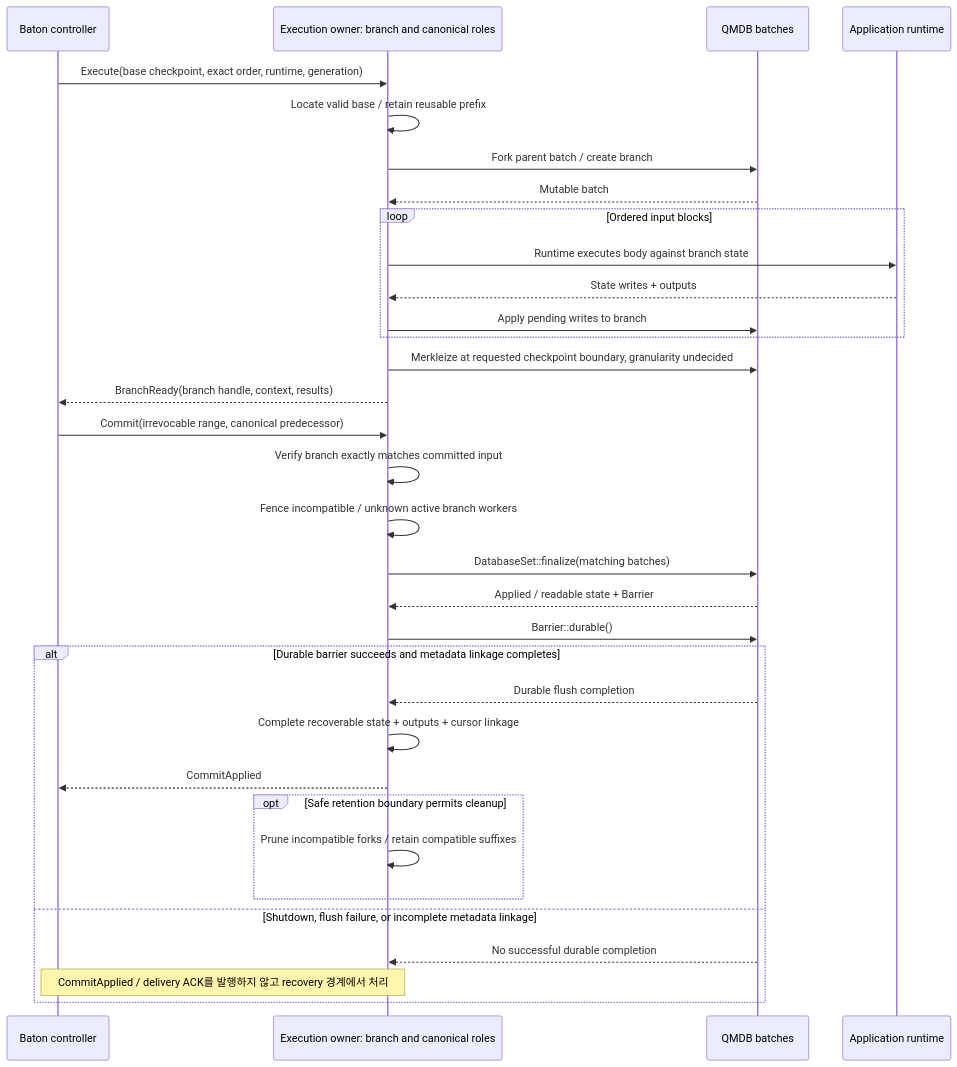
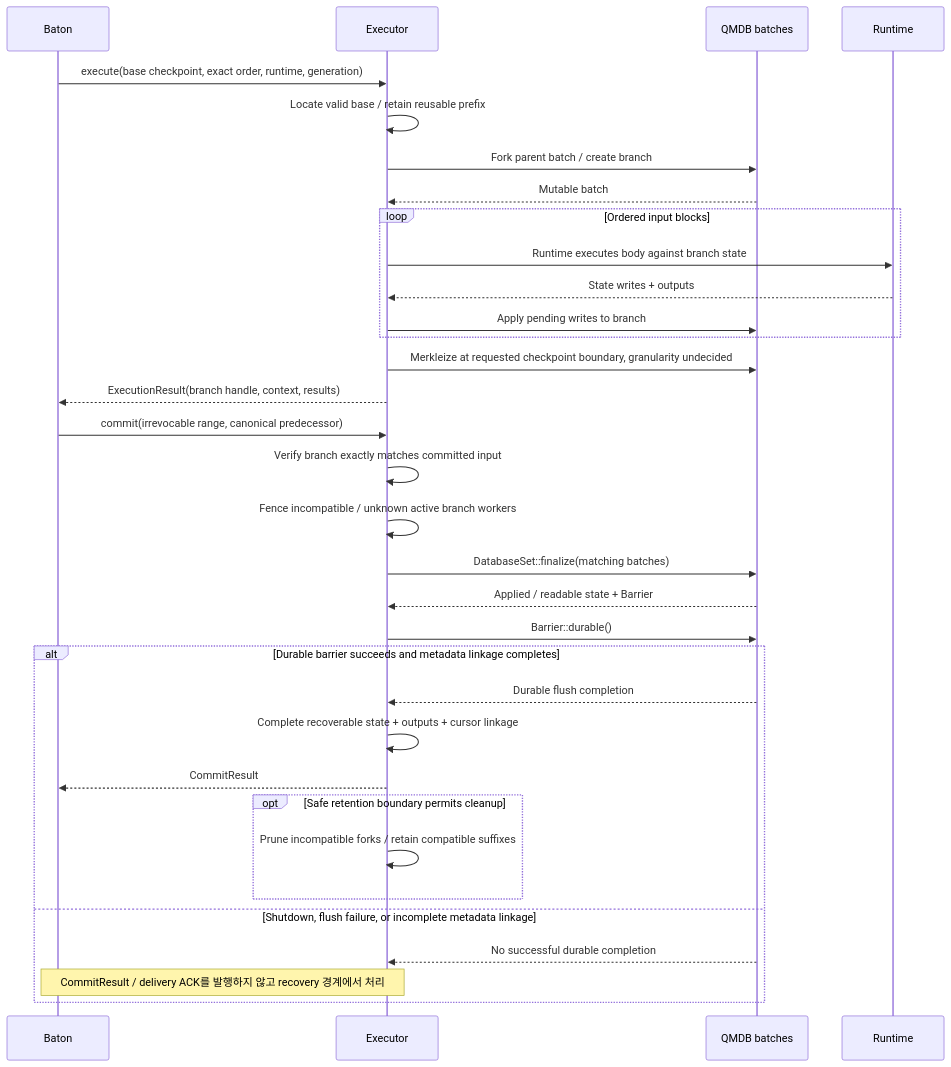
The ninth of 18 diagrams in IMPLEMENTATION_SPEC.md (djm07073/baton-research), drawn with Mermaid before and after one commit. The commit also changed other lines of this file and 51 other files, not shown here.

````diff
--- a/IMPLEMENTATION_SPEC.md
+++ b/IMPLEMENTATION_SPEC.md
@@ -437,35 +471,35 @@
 ```mermaid
 sequenceDiagram
-    participant B as Baton controller
-    participant O as Execution owner: branch and canonical roles
+    participant B as Baton
+    participant O as Executor
     participant Q as QMDB batches
-    participant A as Application runtime
-    B->>O: Execute(base checkpoint, exact order, runtime, generation)
+    participant A as Runtime
+    B->>O: execute(base checkpoint, exact order, runtime, generation)
     O->>O: Locate valid base / retain reusable prefix
     O->>Q: Fork parent batch / create branch
     Q-->>O: Mutable batch
     loop Ordered input blocks
         O->>A: Runtime executes body against branch state
         A-->>O: State writes + outputs
         O->>Q: Apply pending writes to branch
     end
     O->>Q: Merkleize at requested checkpoint boundary, granularity undecided
-    O-->>B: BranchReady(branch handle, context, results)
-    B->>O: Commit(irrevocable range, canonical predecessor)
+    O-->>B: ExecutionResult(branch handle, context, results)
+    B->>O: commit(irrevocable range, canonical predecessor)
     O->>O: Verify branch exactly matches committed input
     O->>O: Fence incompatible / unknown active branch workers
     O->>Q: DatabaseSet::finalize(matching batches)
     Q-->>O: Applied / readable state + Barrier
     O->>Q: Barrier::durable()
     alt Durable barrier succeeds and metadata linkage completes
         Q-->>O: Durable flush completion
         O->>O: Complete recoverable state + outputs + cursor linkage
-        O-->>B: CommitApplied
+        O-->>B: CommitResult
         opt Safe retention boundary permits cleanup
             O->>O: Prune incompatible forks / retain compatible suffixes
         end
     else Shutdown, flush failure, or incomplete metadata linkage
         Q-->>O: No successful durable completion
-        Note over B,O: CommitApplied / delivery ACK를 발행하지 않고 recovery 경계에서 처리
+        Note over B,O: CommitResult / delivery ACK를 발행하지 않고 recovery 경계에서 처리
     end
 ```
````
